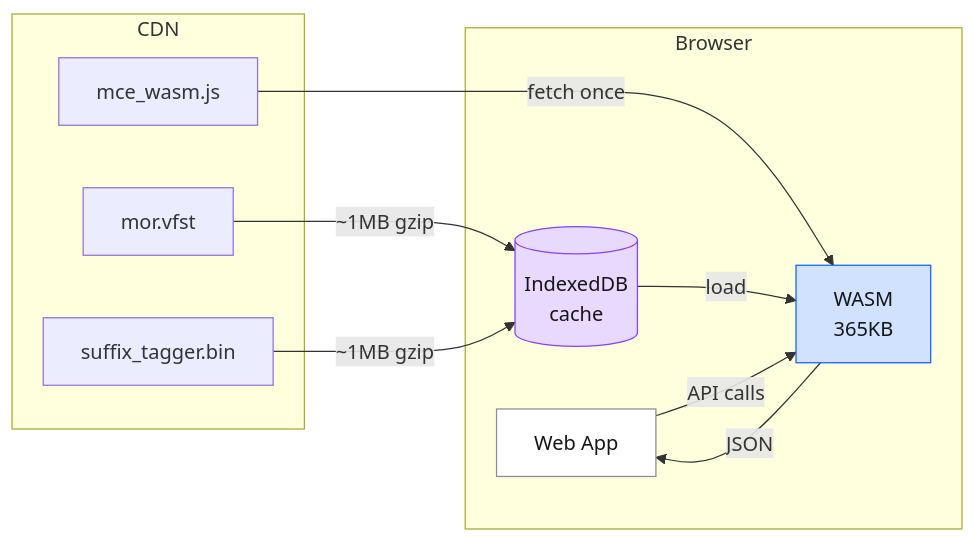
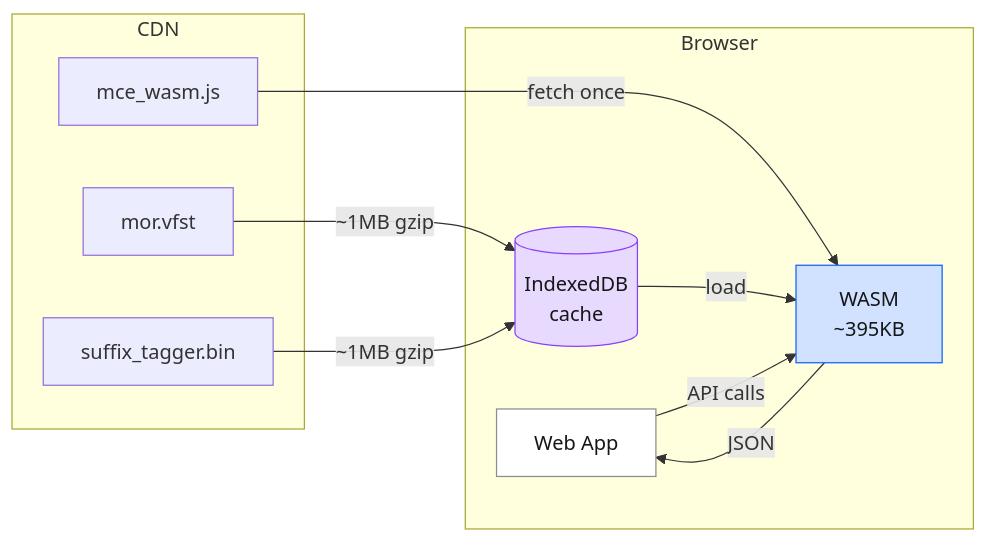
Before and after one commit to yongsk0066/mce: the third of 3 diagrams in ARCHITECTURE.md, drawn with Mermaid. The commit also changed other lines of this file and 14 other files, not shown here.

````diff
--- a/ARCHITECTURE.md
+++ b/ARCHITECTURE.md
@@ -138,25 +138,25 @@
 ```mermaid
 flowchart LR
   subgraph Browser
     app["Web App"]
     idb[("IndexedDB<br/>cache")]
-    wasm["WASM<br/>365KB"]
+    wasm["WASM<br/>~395KB"]
   end
 
   subgraph CDN
     cdn_w["mce_wasm.js"]
     cdn_d["mor.vfst"]
     cdn_m["suffix_tagger.bin"]
   end
 
   cdn_w -->|"fetch once"| wasm
   cdn_d -->|"~1MB gzip"| idb
   cdn_m -->|"~1MB gzip"| idb
   idb -->|"load"| wasm
   app -->|"API calls"| wasm
   wasm -->|"JSON"| app
 
   style app fill:#ffffff,color:#161616,stroke:#8d8d8d
   style wasm fill:#d0e2ff,color:#161616,stroke:#0f62fe
   style idb fill:#e8daff,color:#161616,stroke:#8a3ffc
 ```
````
